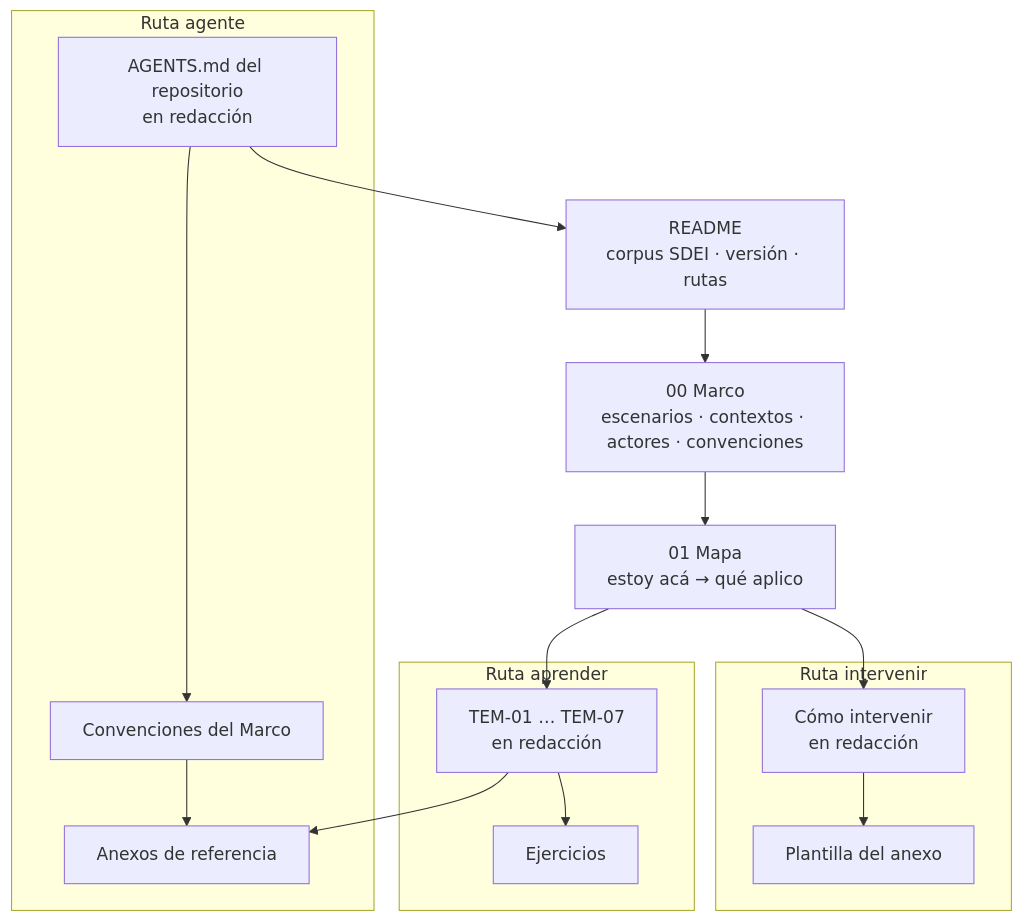
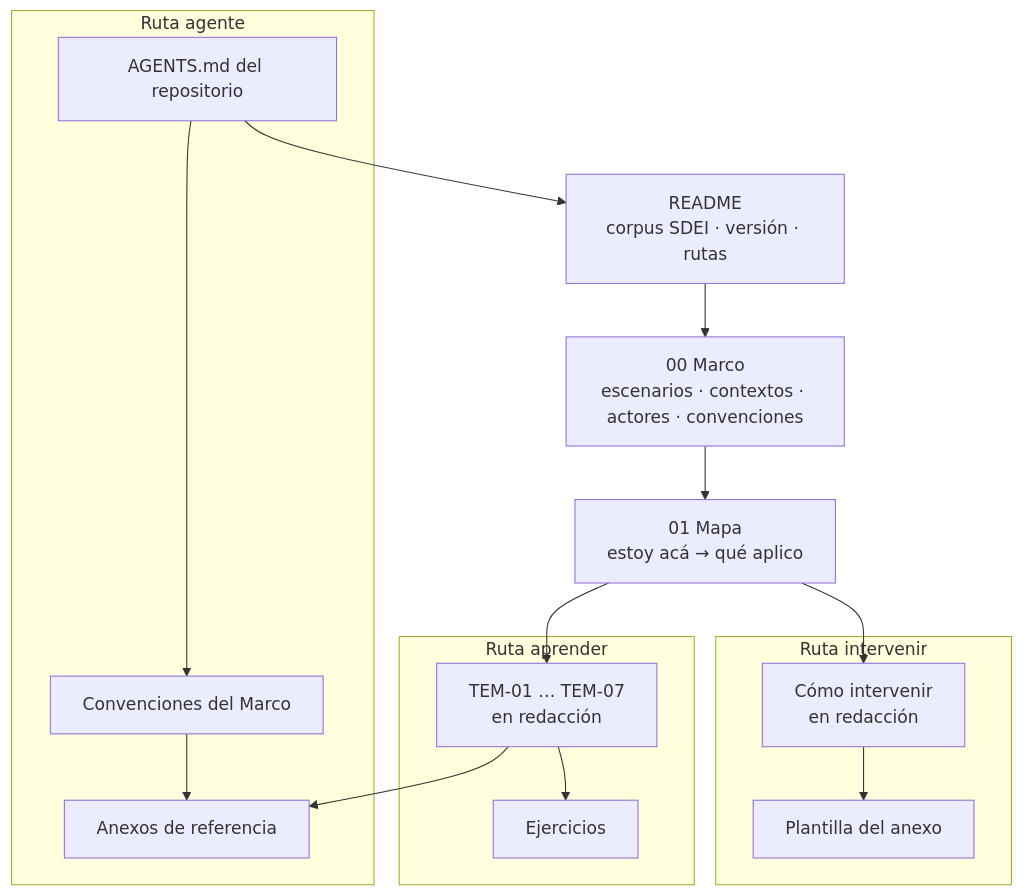
The diagram in Guides/Documentacion-Tecnica/Sistema-De-Documentacion-E-Integracion/README.md (hdcm-dev/Lab-Documentos), drawn with Mermaid before and after one commit. The commit also changed other lines of this file and 6 other files, not shown here.

````diff
--- a/Guides/Documentacion-Tecnica/Sistema-De-Documentacion-E-Integracion/README.md
+++ b/Guides/Documentacion-Tecnica/Sistema-De-Documentacion-E-Integracion/README.md
@@ -70,19 +70,19 @@
 ```mermaid
 flowchart TB
   R["README<br/>corpus SDEI · versión · rutas"] --> M["00 Marco<br/>escenarios · contextos · actores · convenciones"]
   M --> MAPA["01 Mapa<br/>estoy acá → qué aplico"]
   subgraph APR["Ruta aprender"]
     T["TEM-01 … TEM-07<br/>en redacción"] --> EJ["Ejercicios"]
   end
   subgraph INT["Ruta intervenir"]
     CI["Cómo intervenir<br/>en redacción"] --> PL["Plantilla del anexo"]
   end
   subgraph AGE["Ruta agente"]
-    AG["AGENTS.md del repositorio<br/>en redacción"] --> CONV["Convenciones del Marco"]
+    AG["AGENTS.md del repositorio"] --> CONV["Convenciones del Marco"]
     CONV --> ANX["Anexos de referencia"]
   end
   MAPA --> T
   MAPA --> CI
   AG --> R
   T --> ANX
 ```
````
